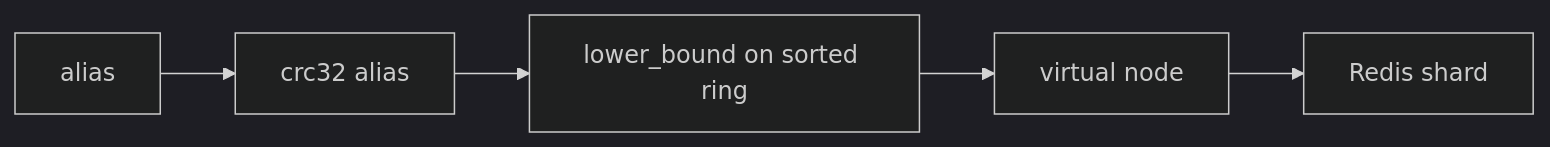
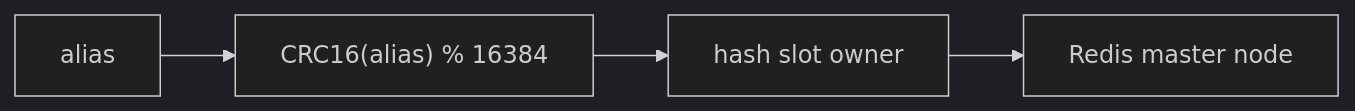
Before and after one commit to sumiredc/alias-url: the second of 7 diagrams in variants/distributed/ARCHITECTURE.md, drawn with Mermaid (dark theme). The commit also changed other lines of this file and 27 other files, not shown here.

````diff
--- a/variants/distributed/ARCHITECTURE.md
+++ b/variants/distributed/ARCHITECTURE.md
@@ -35,7 +35,6 @@
 ```mermaid
 flowchart LR
-    alias[alias] --> h1[crc32 alias]
-    h1 --> search[lower_bound on sorted ring]
-    search --> node[virtual node]
-    node --> shard[Redis shard]
+    alias[alias] --> slot["CRC16(alias) % 16384"]
+    slot --> owner[hash slot owner]
+    owner --> node[Redis master node]
 ```
````
